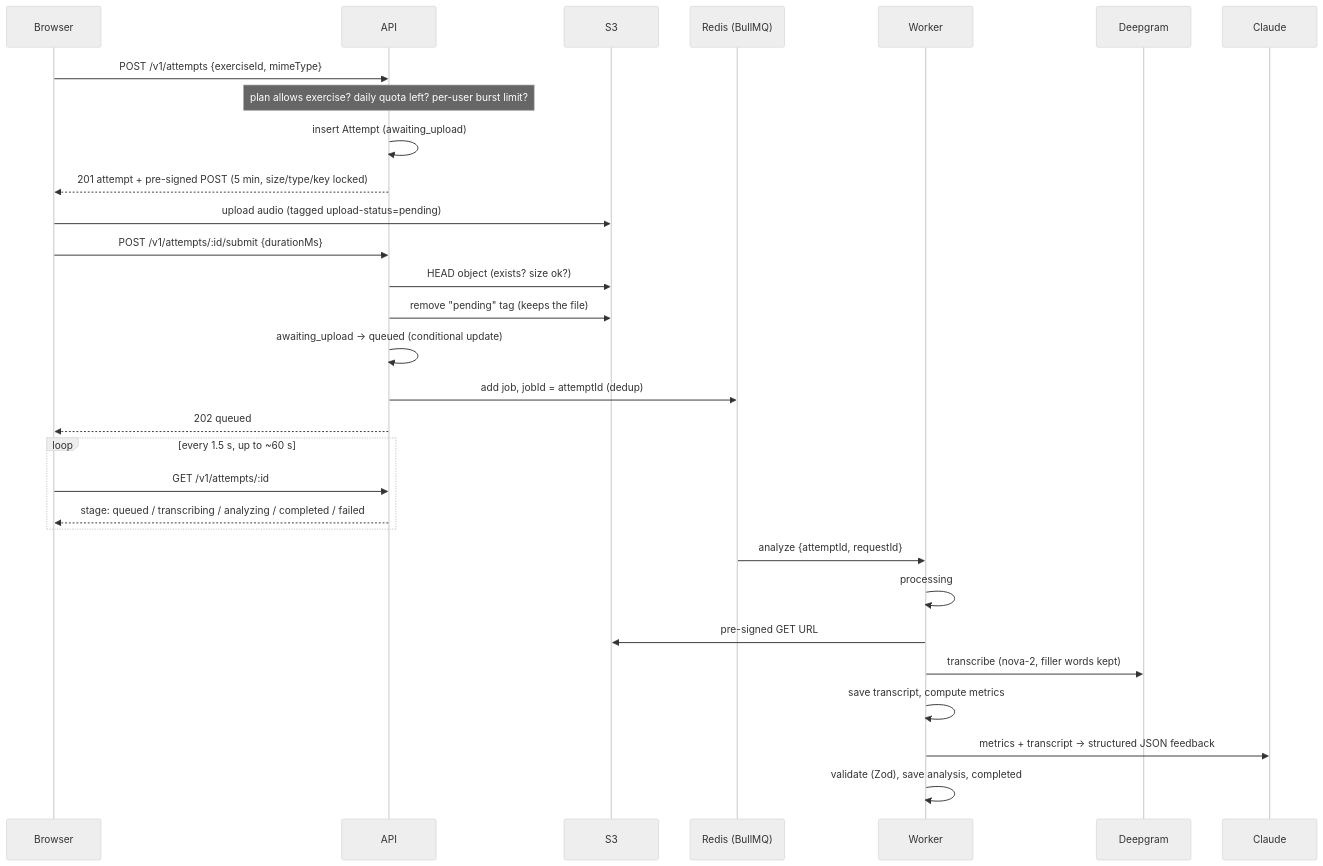
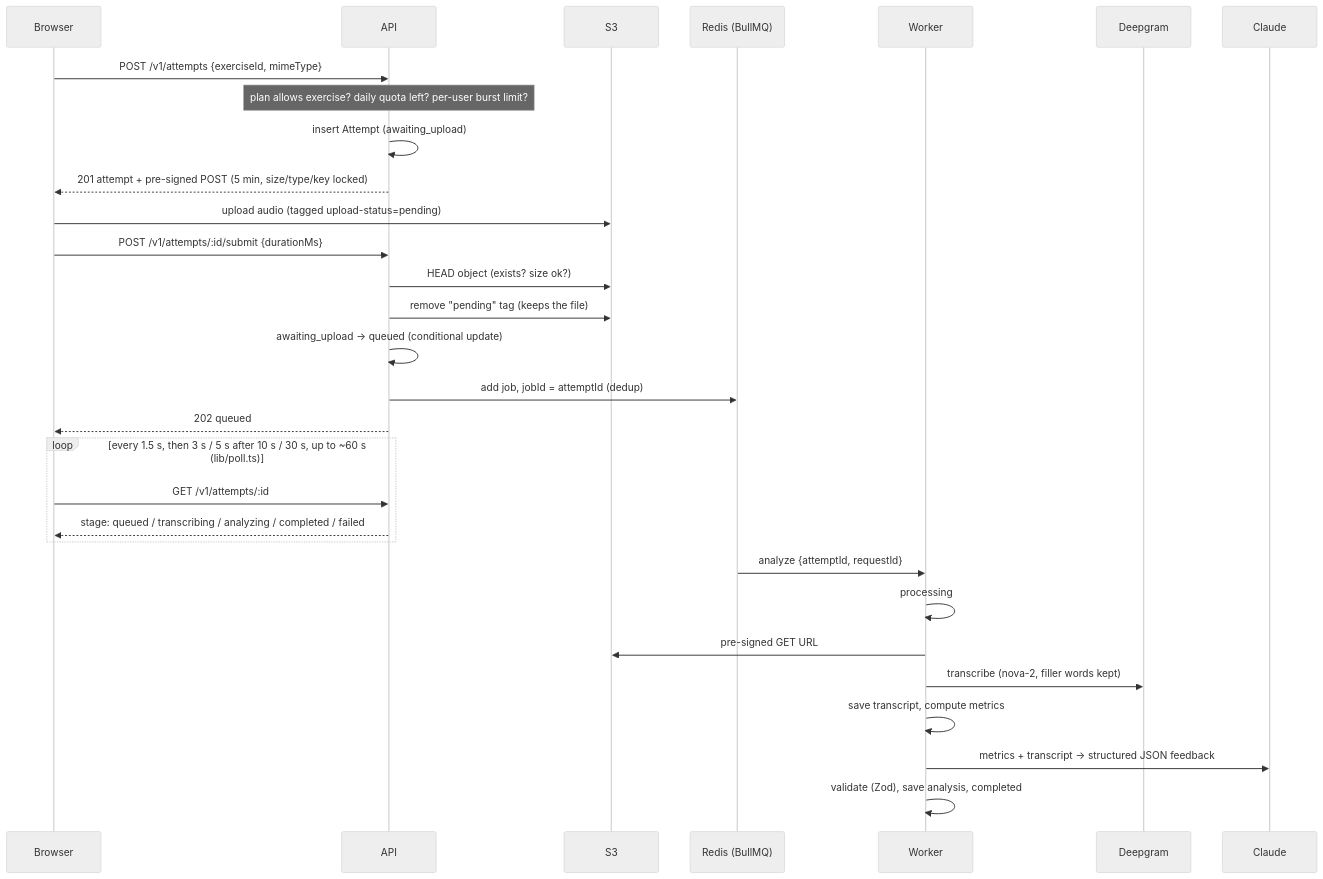
One commit to HrynchukTymofii/SpeakUp changed the second of 5 diagrams in docs/architecture.md. Above: the diagram before and after it, drawn with Mermaid (neutral theme). The commit also changed 11 other files, not shown here.

````diff
--- a/docs/architecture.md
+++ b/docs/architecture.md
@@ -77,33 +77,33 @@
 ```mermaid
 sequenceDiagram
   participant B as Browser
   participant A as API
   participant S as S3
   participant Q as Redis (BullMQ)
   participant W as Worker
   participant D as Deepgram
   participant C as Claude
 
   B->>A: POST /v1/attempts {exerciseId, mimeType}
   Note over A: plan allows exercise? daily quota left? per-user burst limit?
   A->>A: insert Attempt (awaiting_upload)
   A-->>B: 201 attempt + pre-signed POST (5 min, size/type/key locked)
   B->>S: upload audio (tagged upload-status=pending)
   B->>A: POST /v1/attempts/:id/submit {durationMs}
   A->>S: HEAD object (exists? size ok?)
   A->>S: remove "pending" tag (keeps the file)
   A->>A: awaiting_upload → queued (conditional update)
   A->>Q: add job, jobId = attemptId (dedup)
   A-->>B: 202 queued
-  loop every 1.5 s, up to ~60 s
+  loop every 1.5 s, then 3 s / 5 s after 10 s / 30 s, up to ~60 s (lib/poll.ts)
     B->>A: GET /v1/attempts/:id
     A-->>B: stage: queued / transcribing / analyzing / completed / failed
   end
   Q->>W: analyze {attemptId, requestId}
   W->>W: processing
   W->>S: pre-signed GET URL
   W->>D: transcribe (nova-2, filler words kept)
   W->>W: save transcript, compute metrics
   W->>C: metrics + transcript → structured JSON feedback
   W->>W: validate (Zod), save analysis, completed
 ```
````
